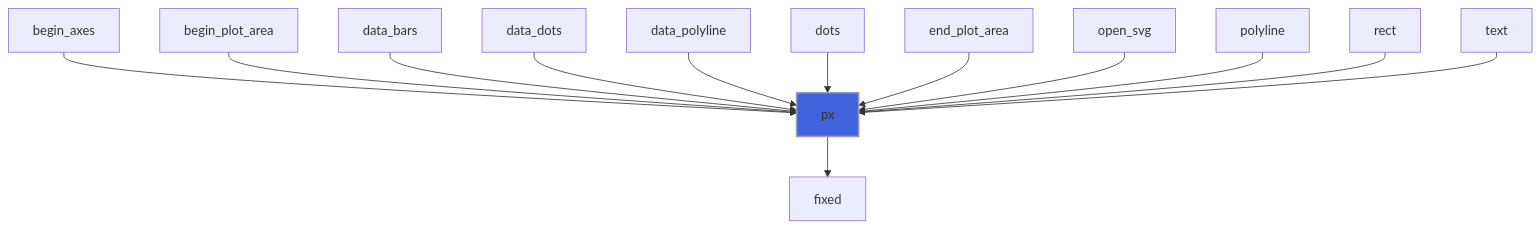
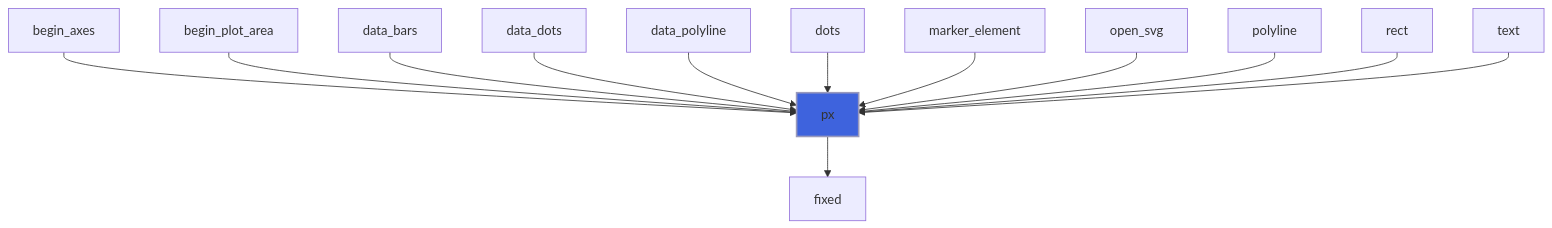
Before and after one commit to szaghi/foresight: diagram 30 of 30 in docs/api/src/lib/foresight_backend_svg.md, drawn with Mermaid. The commit also changed other lines of this file and 97 other files, not shown here.

````diff
--- a/docs/api/src/lib/foresight_backend_svg.md
+++ b/docs/api/src/lib/foresight_backend_svg.md
@@ -834,16 +957,16 @@
 ```mermaid
 flowchart TD
   begin_axes["begin_axes"] --> px["px"]
   begin_plot_area["begin_plot_area"] --> px["px"]
   data_bars["data_bars"] --> px["px"]
   data_dots["data_dots"] --> px["px"]
   data_polyline["data_polyline"] --> px["px"]
   dots["dots"] --> px["px"]
-  end_plot_area["end_plot_area"] --> px["px"]
+  marker_element["marker_element"] --> px["px"]
   open_svg["open_svg"] --> px["px"]
   polyline["polyline"] --> px["px"]
   rect["rect"] --> px["px"]
   text["text"] --> px["px"]
   px["px"] --> fixed["fixed"]
   style px fill:#3e63dd,stroke:#99b,stroke-width:2px
 ```
````
